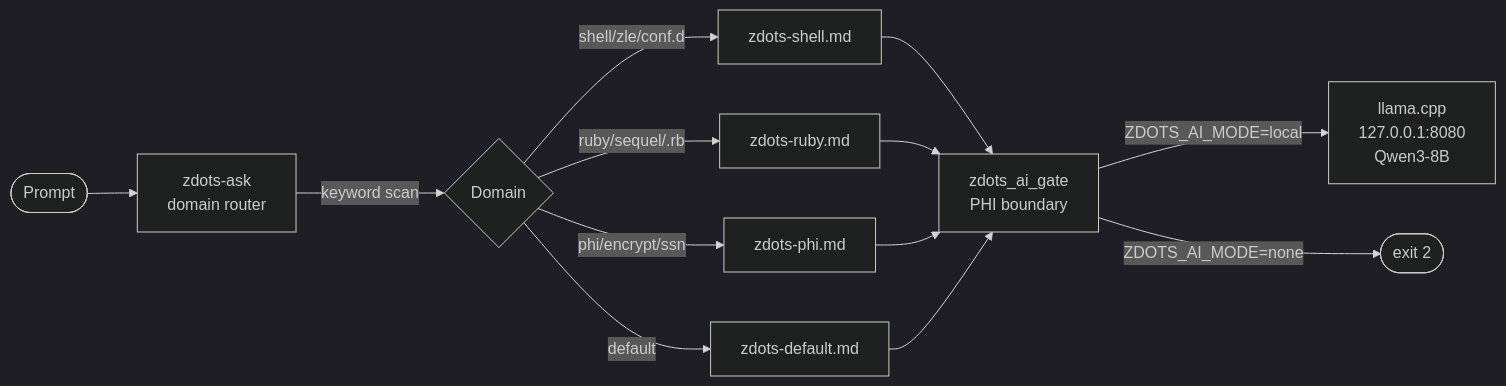
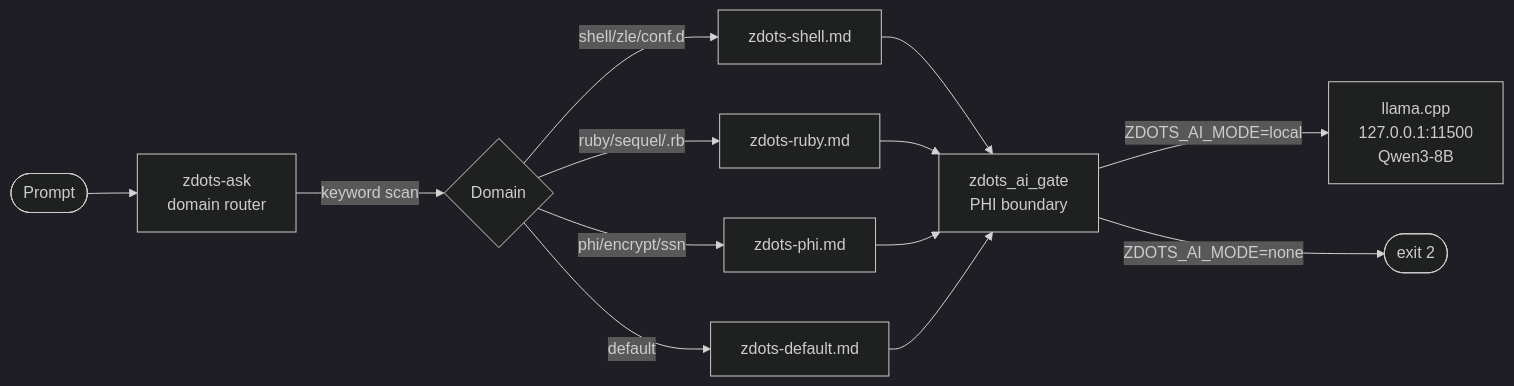
Before and after one commit to just3ws/zdots: the sixth of 6 diagrams in docs/architecture.md, drawn with Mermaid (dark theme). The commit also changed 54 other files, not shown here.

````diff
--- a/docs/architecture.md
+++ b/docs/architecture.md
@@ -296,12 +296,12 @@
 ```mermaid
 flowchart LR
     prompt([Prompt]) --> ask[zdots-ask\ndomain router]
     ask -->|keyword scan| domain{Domain}
     domain -->|shell/zle/conf.d| sp["zdots-shell.md"]
     domain -->|ruby/sequel/.rb| rp["zdots-ruby.md"]
     domain -->|phi/encrypt/ssn| pp["zdots-phi.md"]
     domain -->|default| dp["zdots-default.md"]
     sp & rp & pp & dp --> gate[zdots_ai_gate\nPHI boundary]
-    gate -->|ZDOTS_AI_MODE=local| llama["llama.cpp\n127.0.0.1:8080\nQwen3-8B"]
+    gate -->|ZDOTS_AI_MODE=local| llama["llama.cpp\n127.0.0.1:11500\nQwen3-8B"]
     gate -->|ZDOTS_AI_MODE=none| exit2([exit 2])
 ```
````
